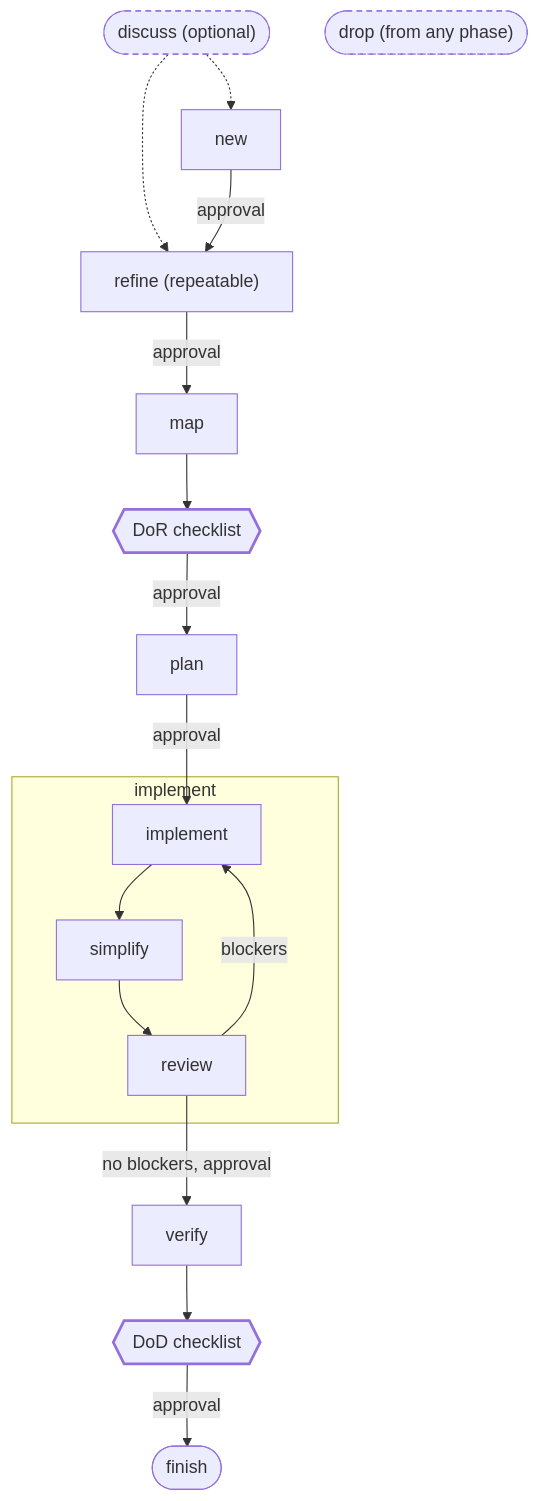
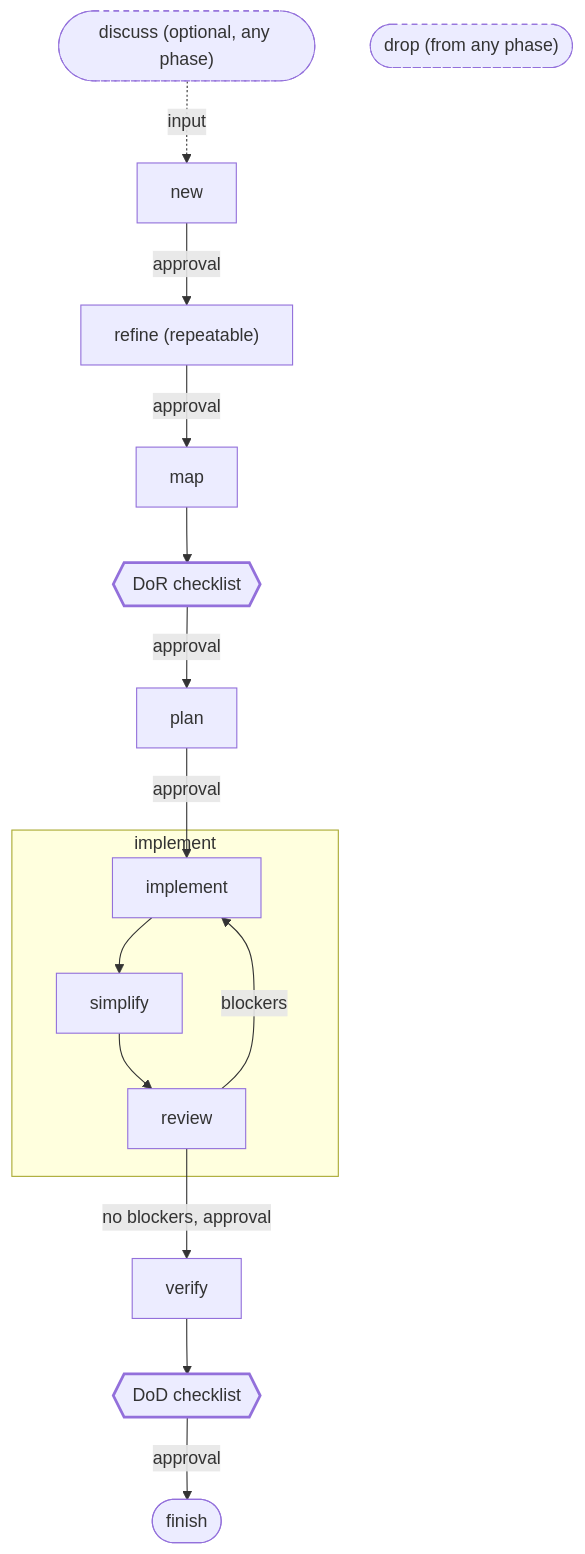
The first of 4 diagrams in research/shade-kit-concept.md (CreativeCodersTeam/shade-kit), drawn with Mermaid before and after one commit. The commit also changed other lines of this file and 1 other file, not shown here.

Commit message:
docs: refine `discuss` phase purpose and clarify phase flow logic

````diff
--- a/research/shade-kit-concept.md
+++ b/research/shade-kit-concept.md
@@ -322,35 +322,34 @@
 ```mermaid
 flowchart TB
-    discuss(["discuss (optional)"])
+    discuss(["discuss (optional, any phase)"])
     drop(["drop (from any phase)"])
     new["new"]
     refine["refine (repeatable)"]
     map["map"]
     dor{{"DoR checklist"}}
     plan["plan"]
 
     subgraph implement_loop["implement"]
         impl["implement"] --> simplify["simplify"] --> review["review"]
         review -- "blockers" --> impl
     end
 
     verify["verify"]
     dod{{"DoD checklist"}}
     finish(["finish"])
 
-    discuss -.-> new
-    discuss -.-> refine
+    discuss -. "input" .-> new
     new -- "approval" --> refine
     refine -- "approval" --> map
     map --> dor
     dor -- "approval" --> plan
     plan -- "approval" --> impl
     review -- "no blockers, approval" --> verify
     verify --> dod
     dod -- "approval" --> finish
 
     classDef checklist stroke-width:2.5px
     classDef side stroke-dasharray:5 4
     class dor,dod checklist
     class discuss,drop side
 ```
````
